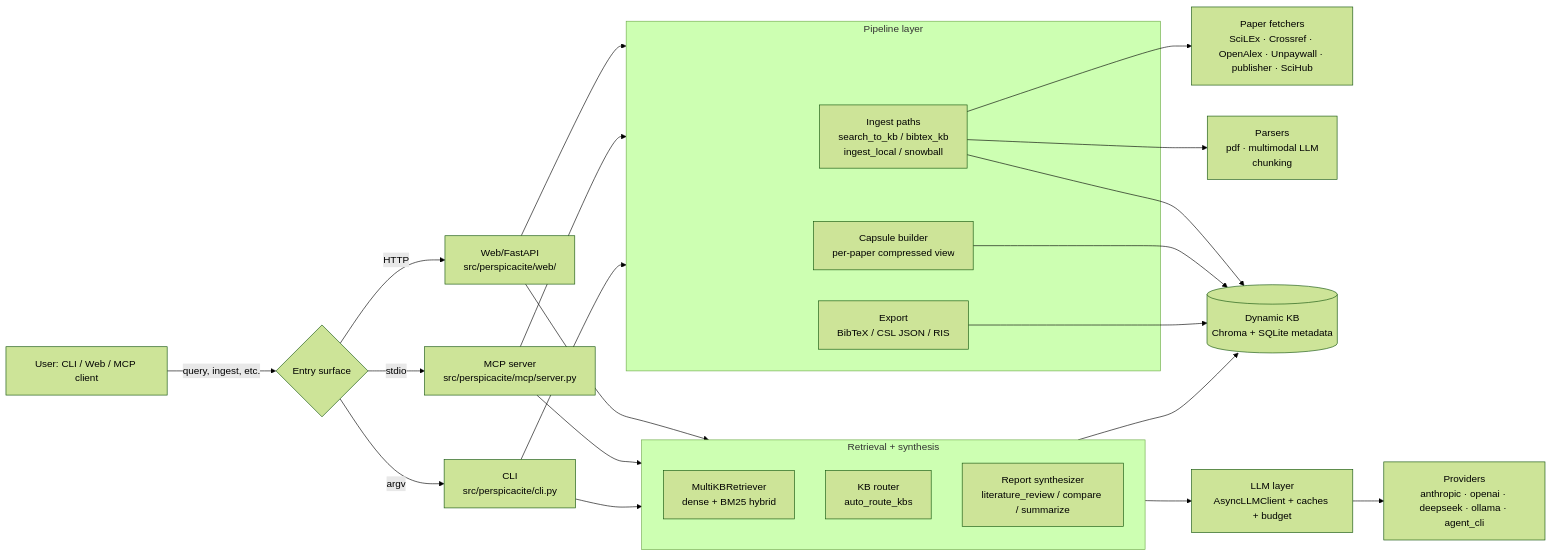
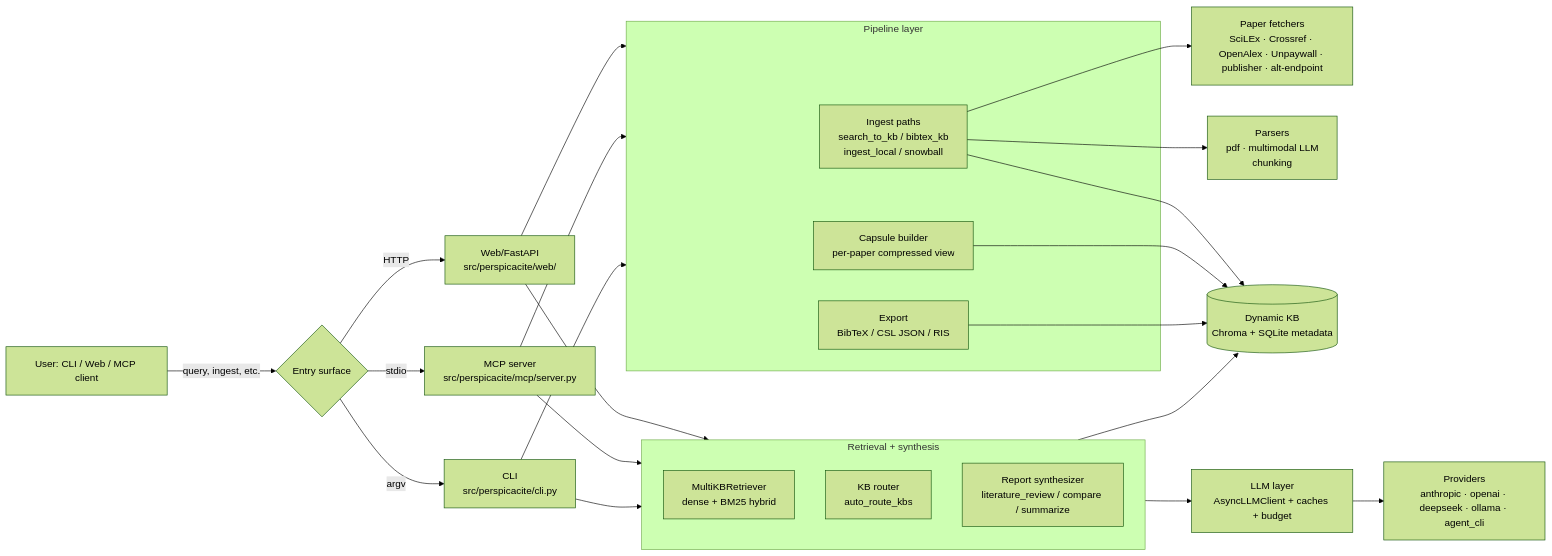
One commit to matrixflora/Perspicacite-AI changed the diagram in docs/architecture-2026-05-15.md. Above: the diagram before and after it, drawn with Mermaid (forest theme). The commit also changed 9 other files, not shown here.

````diff
--- a/docs/architecture-2026-05-15.md
+++ b/docs/architecture-2026-05-15.md
@@ -9,37 +9,37 @@
 ```mermaid
 flowchart LR
     User[User: CLI / Web / MCP client] -->|query, ingest, etc.| Router{Entry surface}
     Router -->|HTTP| Web[Web/FastAPI<br>src/perspicacite/web/]
     Router -->|stdio| MCP[MCP server<br>src/perspicacite/mcp/server.py]
     Router -->|argv| CLI[CLI<br>src/perspicacite/cli.py]
 
     Web --> Pipeline
     MCP --> Pipeline
     CLI --> Pipeline
 
     subgraph Pipeline[Pipeline layer]
         Ingest[Ingest paths<br>search_to_kb / bibtex_kb<br>ingest_local / snowball]
         Capsule[Capsule builder<br>per-paper compressed view]
         Export[Export<br>BibTeX / CSL JSON / RIS]
     end
 
-    Ingest --> Fetchers[Paper fetchers<br>SciLEx · Crossref · OpenAlex · Unpaywall · publisher · SciHub]
+    Ingest --> Fetchers[Paper fetchers<br>SciLEx · Crossref · OpenAlex · Unpaywall · publisher · alt-endpoint]
     Ingest --> Parsers[Parsers<br>pdf · multimodal LLM<br>chunking]
     Ingest --> KB[(Dynamic KB<br>Chroma + SQLite metadata)]
     Capsule --> KB
     Export --> KB
 
     subgraph RAG[Retrieval + synthesis]
         Retriever[MultiKBRetriever<br>dense + BM25 hybrid]
         Router2[KB router<br>auto_route_kbs]
         Synth[Report synthesizer<br>literature_review / compare / summarize]
     end
 
     Web --> RAG
     MCP --> RAG
     CLI --> RAG
     RAG --> KB
     RAG --> LLM[LLM layer<br>AsyncLLMClient + caches + budget]
 
     LLM --> Providers[Providers<br>anthropic · openai · deepseek · ollama · agent_cli]
 ```
````
